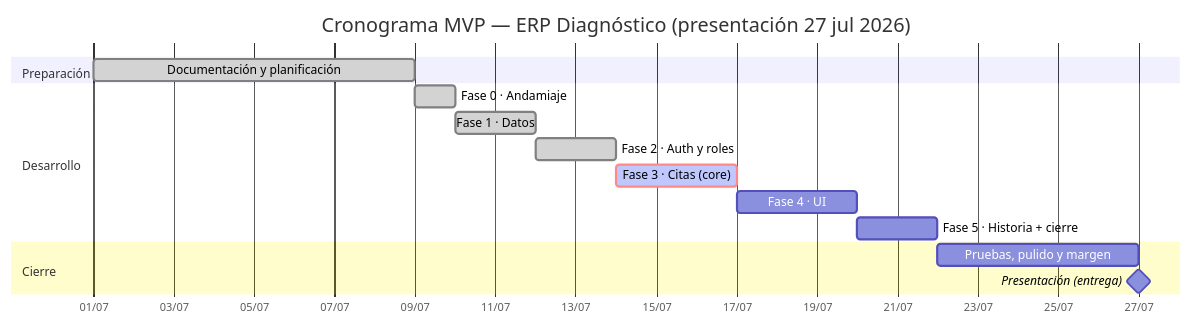
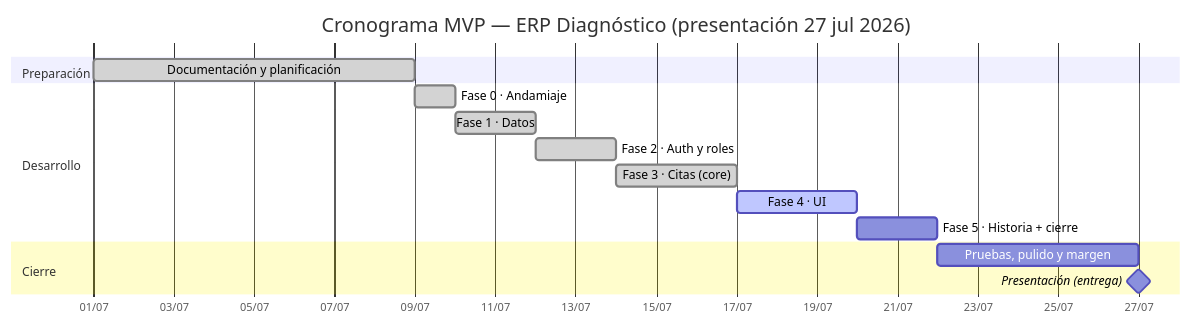
The diagram in docs/ROADMAP.md (DhanaCorredor/diagnostico-backend), drawn with Mermaid before and after one commit. The commit also changed other lines of this file, not shown here.

Commit message:
docs(roadmap): mark phase 3 complete, phase 4 in progress

````diff
--- a/docs/ROADMAP.md
+++ b/docs/ROADMAP.md
@@ -73,21 +73,21 @@
 ```mermaid
 gantt
     title Cronograma MVP — ERP Diagnóstico (presentación 27 jul 2026)
     dateFormat  YYYY-MM-DD
     axisFormat  %d/%m
 
     section Preparación
     Documentación y planificación :done, doc, 2026-07-01, 2026-07-09
 
     section Desarrollo
     Fase 0 · Andamiaje         :done,   f0, 2026-07-09, 1d
     Fase 1 · Datos             :done,   f1, after f0, 2d
     Fase 2 · Auth y roles      :done,   f2, after f1, 2d
-    Fase 3 · Citas (core)      :active, crit, f3, after f2, 3d
-    Fase 4 · UI                :        f4, after f3, 3d
+    Fase 3 · Citas (core)      :done,   f3, after f2, 3d
+    Fase 4 · UI                :active, f4, after f3, 3d
     Fase 5 · Historia + cierre :        f5, after f4, 2d
 
     section Cierre
     Pruebas, pulido y margen   :        qa, after f5, 5d
     Presentación (entrega)     :milestone, pres, 2026-07-27, 0d
 ```
````
